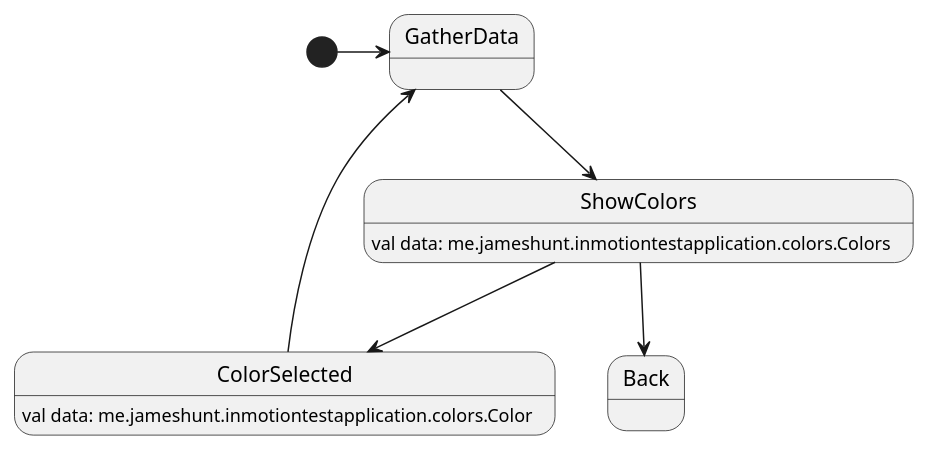
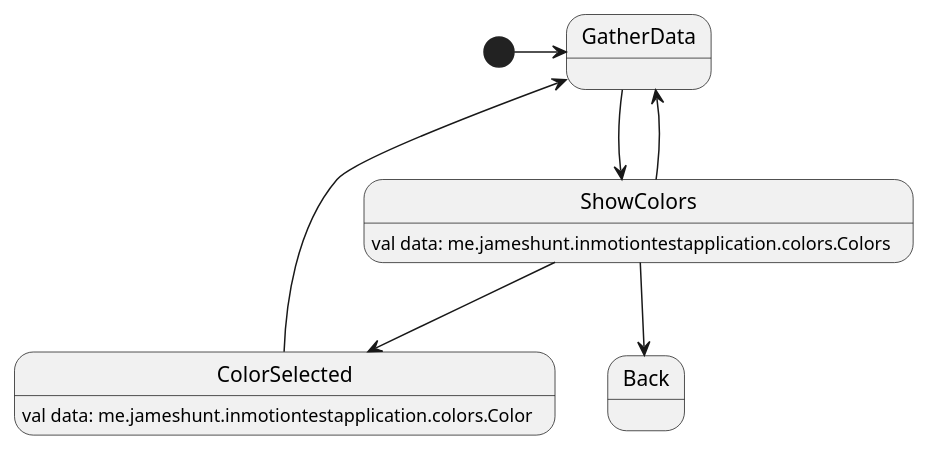
The diagram in app/src/main/java/me/jameshunt/inmotiontestapplication/colors/Color.puml (huntj88/FlowSampleApp), drawn with PlantUML before and after one commit. The commit also changed 4 other files, not shown here.

```diff
--- a/app/src/main/java/me/jameshunt/inmotiontestapplication/colors/Color.puml
+++ b/app/src/main/java/me/jameshunt/inmotiontestapplication/colors/Color.puml
@@ -1,12 +1,13 @@
 @startuml
 
 ShowColors: val data: me.jameshunt.inmotiontestapplication.colors.Colors
 ColorSelected: val data: me.jameshunt.inmotiontestapplication.colors.Color
 
 [*] -> GatherData
 GatherData --> ShowColors
 ShowColors --> ColorSelected
+ShowColors --> GatherData
 ShowColors --> Back
 ColorSelected --> GatherData
 
 @enduml
```
